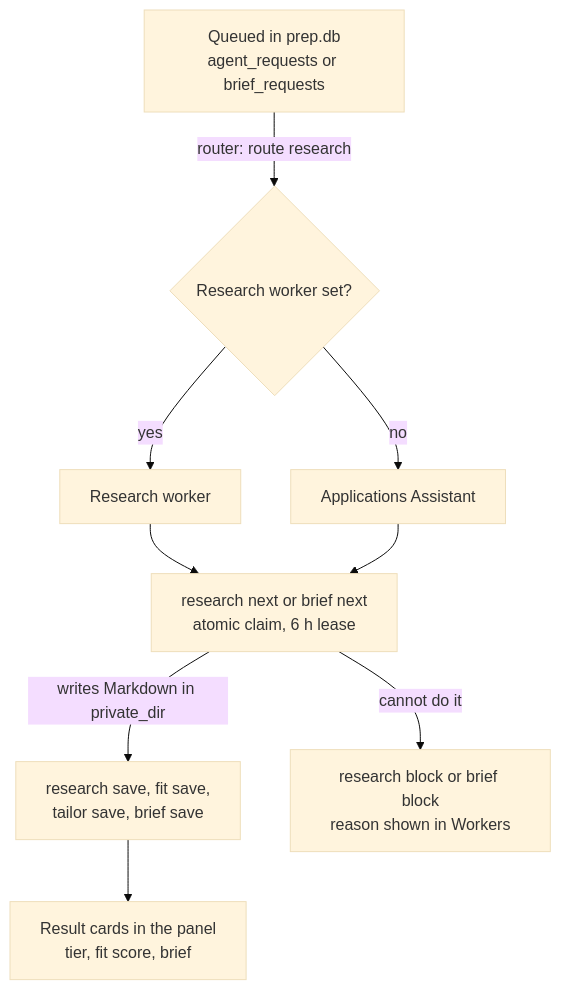
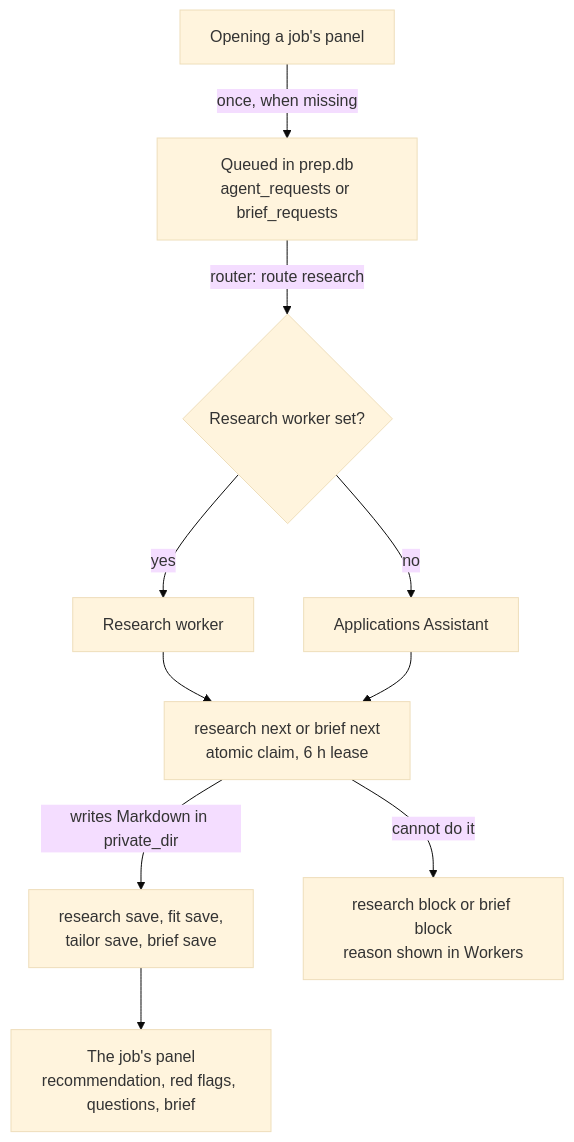
One commit to Pavlana/hirey changed the fourth of 10 diagrams in docs/how-it-works.md. Above: the diagram before and after it, drawn with Mermaid (base theme). The commit also changed other lines of this file and 50 other files, not shown here.

First line of the commit message:
Job panel as a decision page: recommendation, red flags, call questions, then Tailor CV and apply (#67)

````diff
--- a/docs/how-it-works.md
+++ b/docs/how-it-works.md
@@ -173,11 +173,12 @@
 ```mermaid
 flowchart TD
     q["Queued in prep.db<br/>agent_requests or brief_requests"] -->|"router: route research"| who{"Research worker set?"}
     who -->|"yes"| rw["Research worker"]
     who -->|"no"| aa["Applications Assistant"]
     rw --> next["research next or brief next<br/>atomic claim, 6 h lease"]
     aa --> next
     next -->|"writes Markdown in private_dir"| save["research save, fit save,<br/>tailor save, brief save"]
     next -->|"cannot do it"| block["research block or brief block<br/>reason shown in Workers"]
-    save --> done["Result cards in the panel<br/>tier, fit score, brief"]
+    save --> done["The job's panel<br/>recommendation, red flags, questions, brief"]
+    open["Opening a job's panel"] -->|"once, when missing"| q
 ```
````
